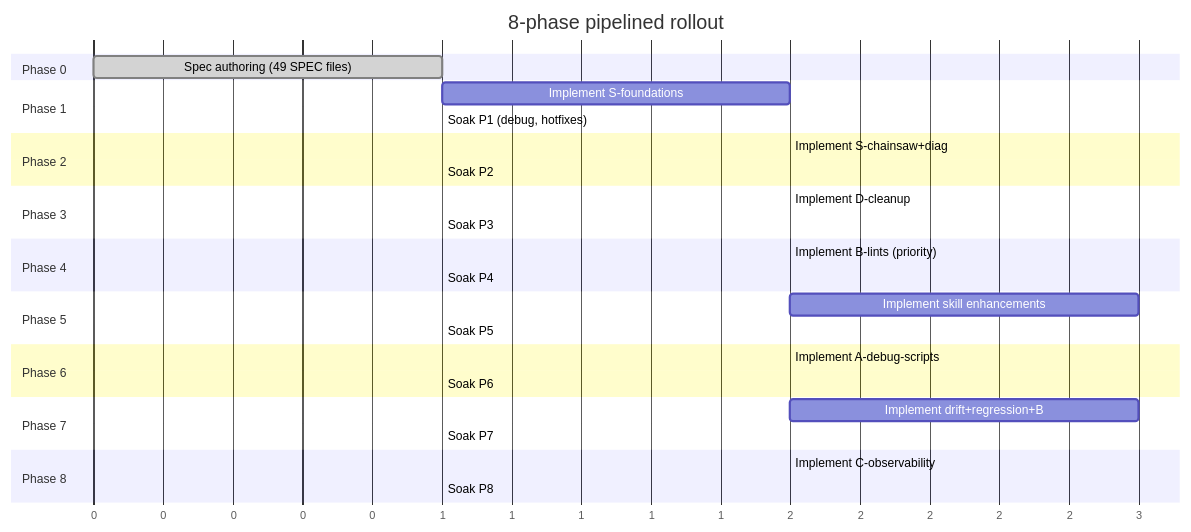
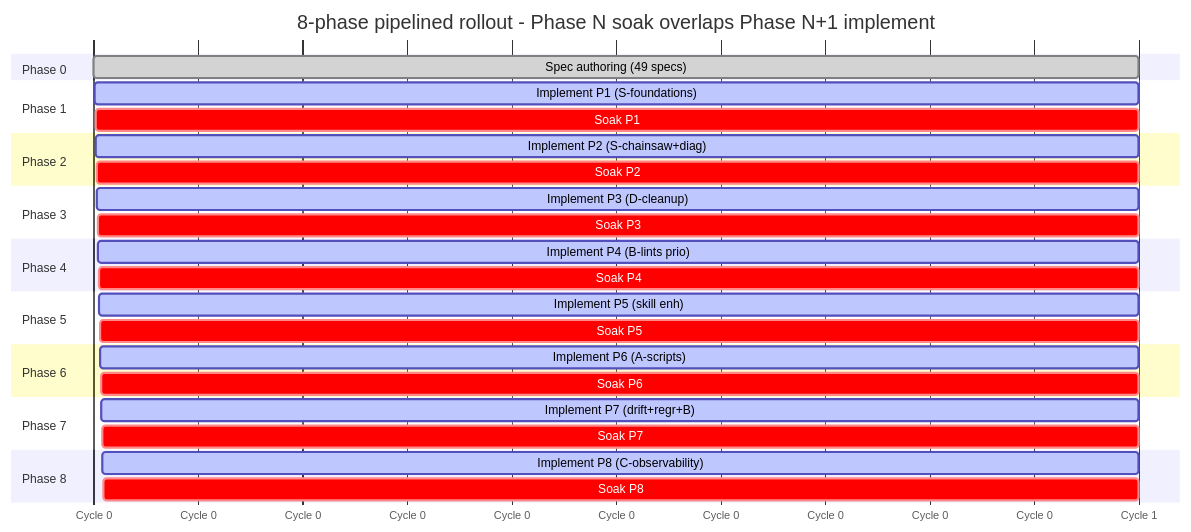
Before and after one commit to lago-morph/k8-platform: the first of 11 diagrams in ai/brainstorming/specs/IMPLEMENTATION-PLAN.md, drawn with Mermaid. The commit also changed other lines of this file, not shown here.

Commit message:
Clarify the pipelined-rollout gantt diagram
Previous gantt had three readability issues:
1. Implement bars were 2 cycles, soak bars only 1, making the soak
   chunks tiny and easy to overlook.
2. The "after p1" chain syntax obscured when phases actually overlap.
3. axisFormat %s collapsed adjacent integer labels into a confusing
   "0 0 0 1 1 1" repetition.

Rewrote with explicit start times (each cycle = 1 unit, implement and
soak both 1 cycle wide). Added a "how to read" preface and a worked
example so the Phase-N-soak / Phase-N+1-implement overlap is obvious
from the visual alone.

https://claude.ai/code/session_01D7phkm9aTmJoMYiZA6VARv

````diff
--- a/ai/brainstorming/specs/IMPLEMENTATION-PLAN.md
+++ b/ai/brainstorming/specs/IMPLEMENTATION-PLAN.md
@@ -32,32 +45,41 @@
 ```mermaid
 gantt
-  title 8-phase pipelined rollout
+  title 8-phase pipelined rollout - Phase N soak overlaps Phase N+1 implement
   dateFormat X
-  axisFormat %s
+  axisFormat Cycle %s
+
   section Phase 0
-  Spec authoring (49 SPEC files)  :done, p0, 0, 1
+  Spec authoring (49 specs) :done, 0, 1
+
   section Phase 1
-  Implement S-foundations         :p1, after p0, 2
-  Soak P1 (debug, hotfixes)       :crit, p1s, after p1, 1
+  Implement P1 (S-foundations)  :active, 1, 1
+  Soak P1                       :crit,   2, 1
+
   section Phase 2
-  Implement S-chainsaw+diag       :p2, after p1, 2
-  Soak P2                         :crit, p2s, after p2, 1
+  Implement P2 (S-chainsaw+diag):active, 2, 1
+  Soak P2                       :crit,   3, 1
+
   section Phase 3
-  Implement D-cleanup             :p3, after p2, 2
-  Soak P3                         :crit, p3s, after p3, 1
+  Implement P3 (D-cleanup)      :active, 3, 1
+  Soak P3                       :crit,   4, 1
+
   section Phase 4
-  Implement B-lints (priority)    :p4, after p3, 2
-  Soak P4                         :crit, p4s, after p4, 1
+  Implement P4 (B-lints prio)   :active, 4, 1
+  Soak P4                       :crit,   5, 1
+
   section Phase 5
-  Implement skill enhancements    :p5, after p4, 3
-  Soak P5                         :crit, p5s, after p5, 1
+  Implement P5 (skill enh)      :active, 5, 1
+  Soak P5                       :crit,   6, 1
+
   section Phase 6
-  Implement A-debug-scripts       :p6, after p5, 2
-  Soak P6                         :crit, p6s, after p6, 1
+  Implement P6 (A-scripts)      :active, 6, 1
+  Soak P6                       :crit,   7, 1
+
   section Phase 7
-  Implement drift+regression+B    :p7, after p6, 3
-  Soak P7                         :crit, p7s, after p7, 1
+  Implement P7 (drift+regr+B)   :active, 7, 1
+  Soak P7                       :crit,   8, 1
+
   section Phase 8
-  Implement C-observability       :p8, after p7, 2
-  Soak P8                         :crit, p8s, after p8, 1
+  Implement P8 (C-observability):active, 8, 1
+  Soak P8                       :crit,   9, 1
 ```
````
